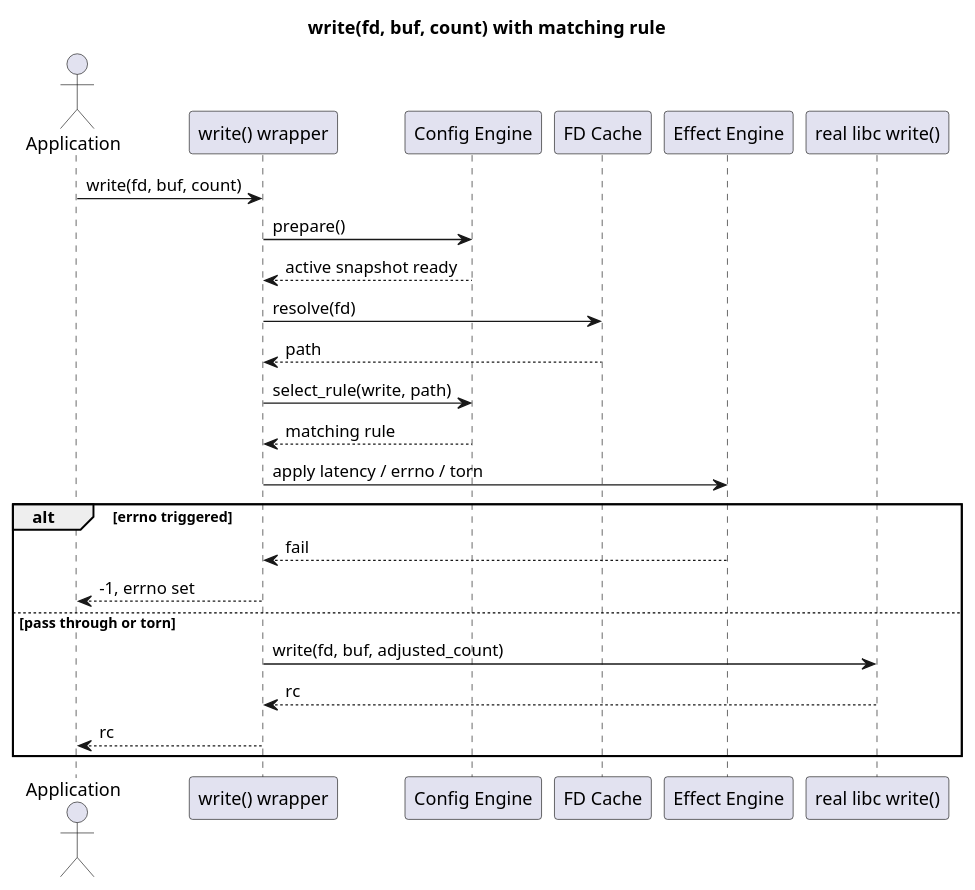
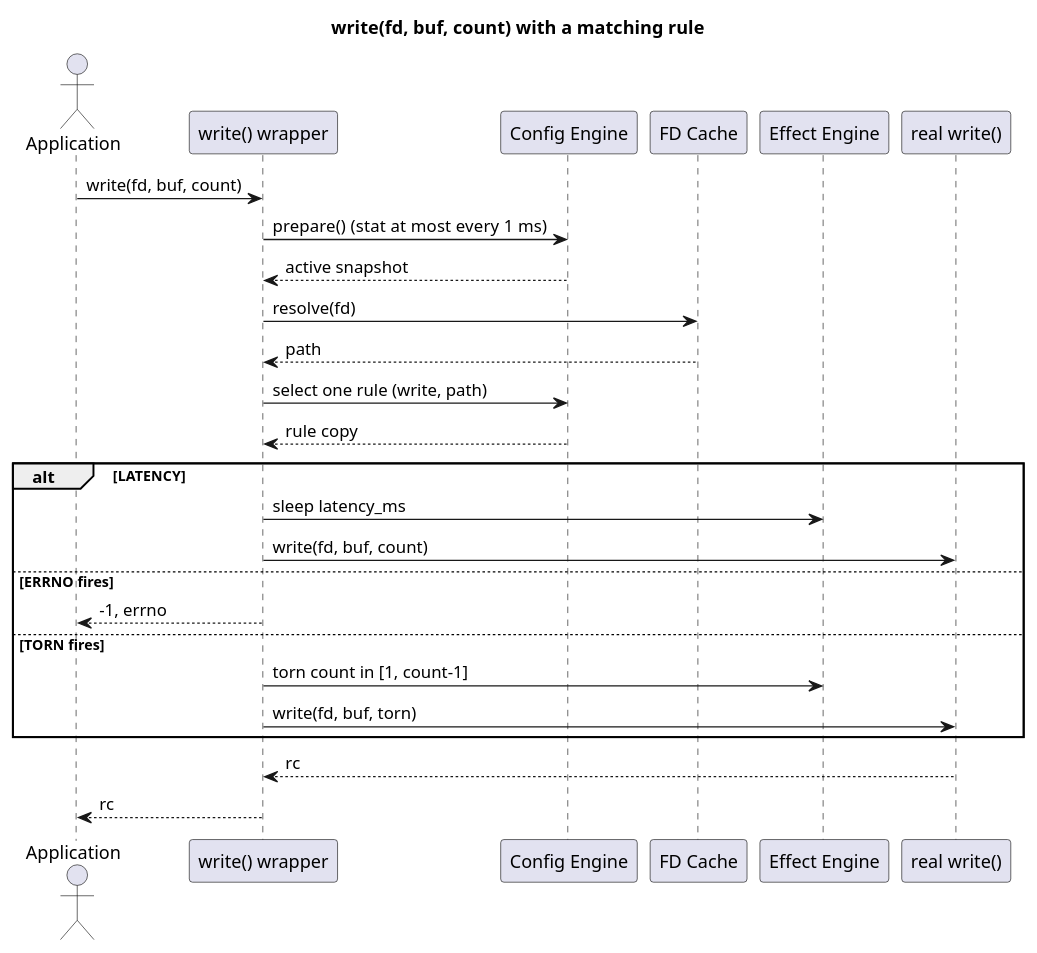
One commit to macstab/macstab-chaos-testing-libraries changed the second of 4 diagrams in docs/IO.md. Above: the diagram before and after it, drawn with PlantUML. The commit also changed other lines of this file and 324 other files, not shown here.

````diff
--- a/docs/IO.md
+++ b/docs/IO.md
@@ -348,29 +421,31 @@
 ```plantuml
 @startuml
-title write(fd, buf, count) with matching rule
+title write(fd, buf, count) with a matching rule
 
 actor Application as App
 participant "write() wrapper" as Wrap
 participant "Config Engine" as Config
 participant "FD Cache" as Cache
 participant "Effect Engine" as Effects
-participant "real libc write()" as Libc
+participant "real write()" as Libc
 
 App -> Wrap : write(fd, buf, count)
-Wrap -> Config : prepare()
-Config --> Wrap : active snapshot ready
+Wrap -> Config : prepare()  (stat at most every 1 ms)
+Config --> Wrap : active snapshot
 Wrap -> Cache : resolve(fd)
 Cache --> Wrap : path
-Wrap -> Config : select_rule(write, path)
-Config --> Wrap : matching rule
-Wrap -> Effects : apply latency / errno / torn
-alt errno triggered
-  Effects --> Wrap : fail
-  Wrap --> App : -1, errno set
-else pass through or torn
-  Wrap -> Libc : write(fd, buf, adjusted_count)
-  Libc --> Wrap : rc
-  Wrap --> App : rc
+Wrap -> Config : select one rule (write, path)
+Config --> Wrap : rule copy
+alt LATENCY
+  Wrap -> Effects : sleep latency_ms
+  Wrap -> Libc : write(fd, buf, count)
+else ERRNO fires
+  Wrap --> App : -1, errno
+else TORN fires
+  Wrap -> Effects : torn count in [1, count-1]
+  Wrap -> Libc : write(fd, buf, torn)
 end
+Libc --> Wrap : rc
+Wrap --> App : rc
 @enduml
 ```
````
